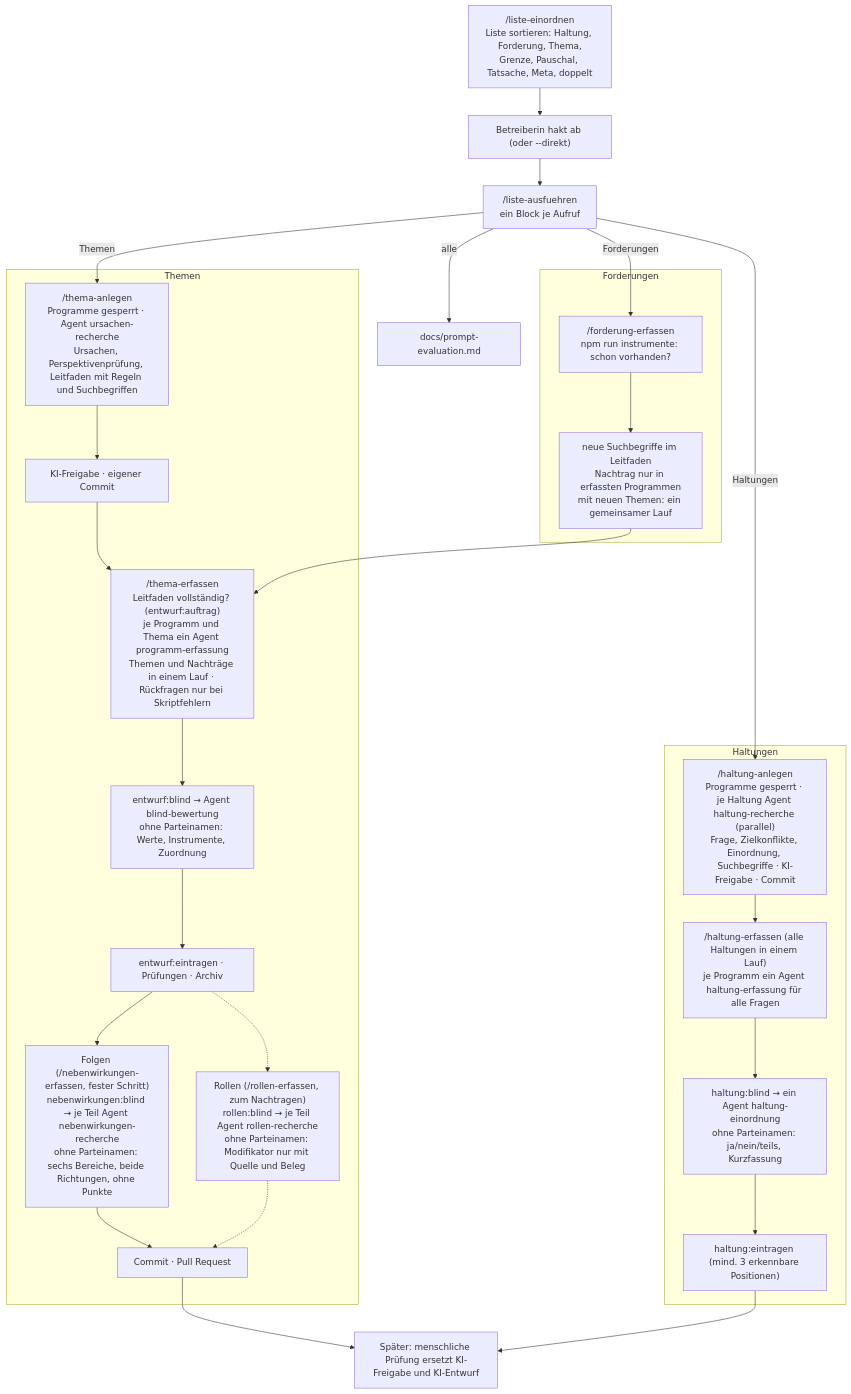
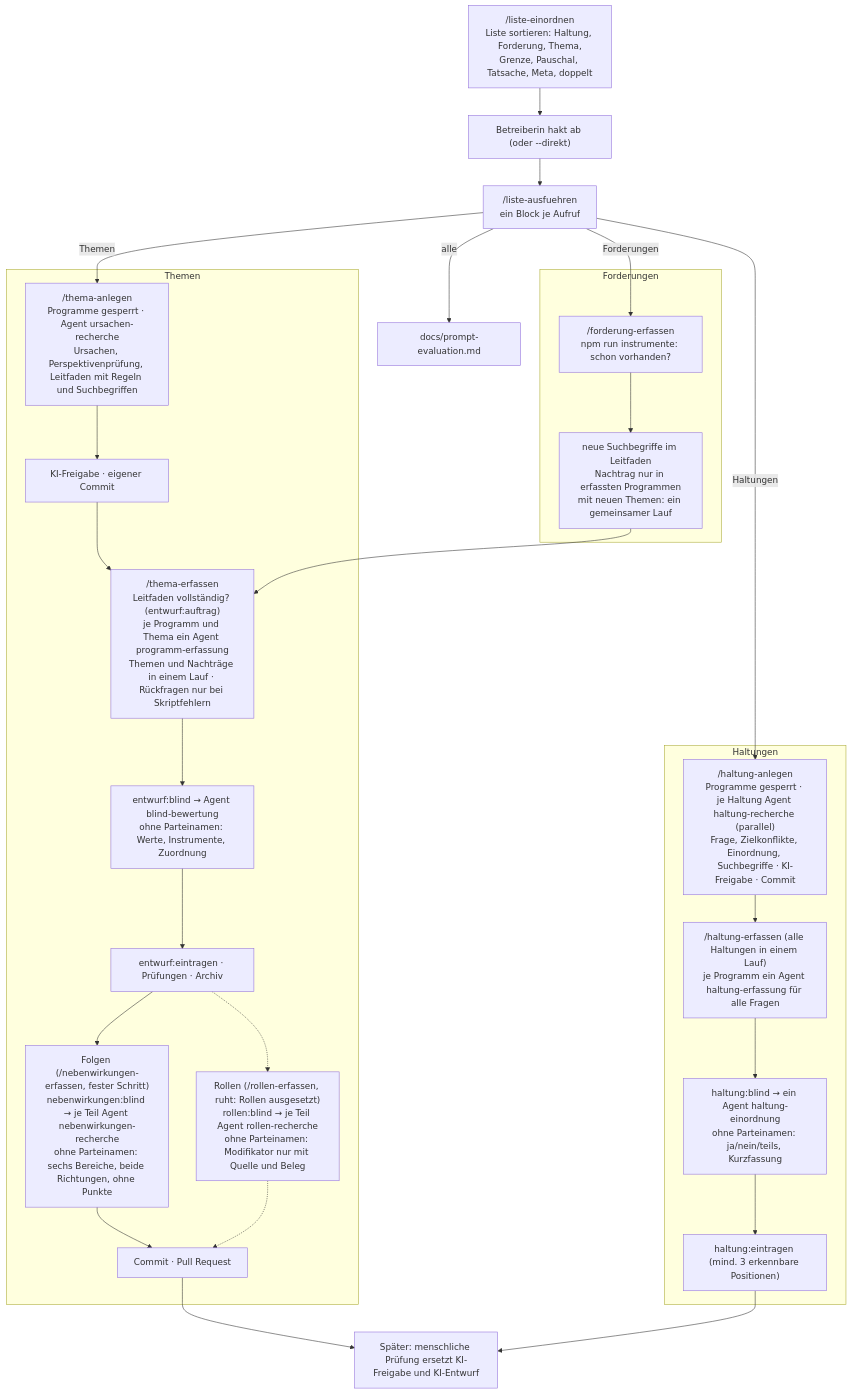
The diagram in .claude/skills/README.md (politik-duell/politik-duell), drawn with Mermaid before and after one commit. The commit also changed 25 other files, not shown here.

````diff
--- a/.claude/skills/README.md
+++ b/.claude/skills/README.md
@@ -5,37 +5,37 @@
 ```mermaid
 flowchart TD
     L["/liste-einordnen<br/>Liste sortieren: Haltung, Forderung, Thema,<br/>Grenze, Pauschal, Tatsache, Meta, doppelt"]
     LA["Betreiberin hakt ab (oder --direkt)"]
     LB["/liste-ausfuehren<br/>ein Block je Aufruf"]
     L --> LA --> LB
     LB -->|Haltungen| H1
     LB -->|Themen| T1
     LB -->|Forderungen| F1
     LB -->|alle| EV["docs/prompt-evaluation.md"]
     subgraph T["Themen"]
         T1["/thema-anlegen<br/>Programme gesperrt · Agent ursachen-recherche<br/>Ursachen, Perspektivenprüfung, Leitfaden mit Regeln und Suchbegriffen"]
         T2["KI-Freigabe · eigener Commit"]
         T3["/thema-erfassen<br/>Leitfaden vollständig? (entwurf:auftrag)<br/>je Programm und Thema ein Agent programm-erfassung<br/>Themen und Nachträge in einem Lauf · Rückfragen nur bei Skriptfehlern"]
         T4["entwurf:blind → Agent blind-bewertung<br/>ohne Parteinamen: Werte, Instrumente, Zuordnung"]
         T45["entwurf:eintragen · Prüfungen · Archiv"]
         T46["Folgen (/nebenwirkungen-erfassen, fester Schritt)<br/>nebenwirkungen:blind → je Teil Agent nebenwirkungen-recherche<br/>ohne Parteinamen: sechs Bereiche, beide Richtungen, ohne Punkte"]
-        T47["Rollen (/rollen-erfassen, zum Nachtragen)<br/>rollen:blind → je Teil Agent rollen-recherche<br/>ohne Parteinamen: Modifikator nur mit Quelle und Beleg"]
+        T47["Rollen (/rollen-erfassen, ruht: Rollen ausgesetzt)<br/>rollen:blind → je Teil Agent rollen-recherche<br/>ohne Parteinamen: Modifikator nur mit Quelle und Beleg"]
         T5["Commit · Pull Request"]
         T1 --> T2 --> T3 --> T4 --> T45 --> T46 --> T5
         T45 -.-> T47 -.-> T5
     end
     subgraph F["Forderungen"]
         F1["/forderung-erfassen<br/>npm run instrumente: schon vorhanden?"]
         F2["neue Suchbegriffe im Leitfaden<br/>Nachtrag nur in erfassten Programmen<br/>mit neuen Themen: ein gemeinsamer Lauf"]
         F1 --> F2 --> T3
     end
     subgraph H["Haltungen"]
         H1["/haltung-anlegen<br/>Programme gesperrt · je Haltung Agent haltung-recherche (parallel)<br/>Frage, Zielkonflikte, Einordnung, Suchbegriffe · KI-Freigabe · Commit"]
         H2["/haltung-erfassen (alle Haltungen in einem Lauf)<br/>je Programm ein Agent haltung-erfassung für alle Fragen"]
         H3["haltung:blind → ein Agent haltung-einordnung<br/>ohne Parteinamen: ja/nein/teils, Kurzfassung"]
         H4["haltung:eintragen (mind. 3 erkennbare Positionen)"]
         H1 --> H2 --> H3 --> H4
     end
     T5 --> P["Später: menschliche Prüfung ersetzt KI-Freigabe und KI-Entwurf"]
     H4 --> P
 ```
````
